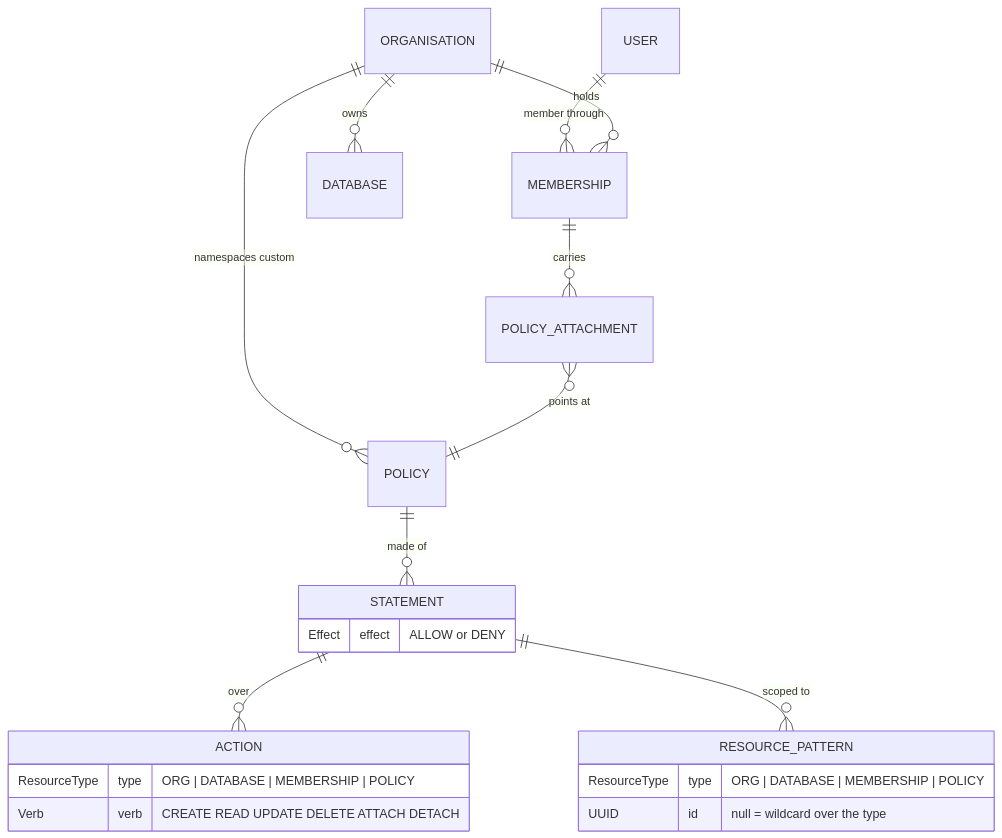
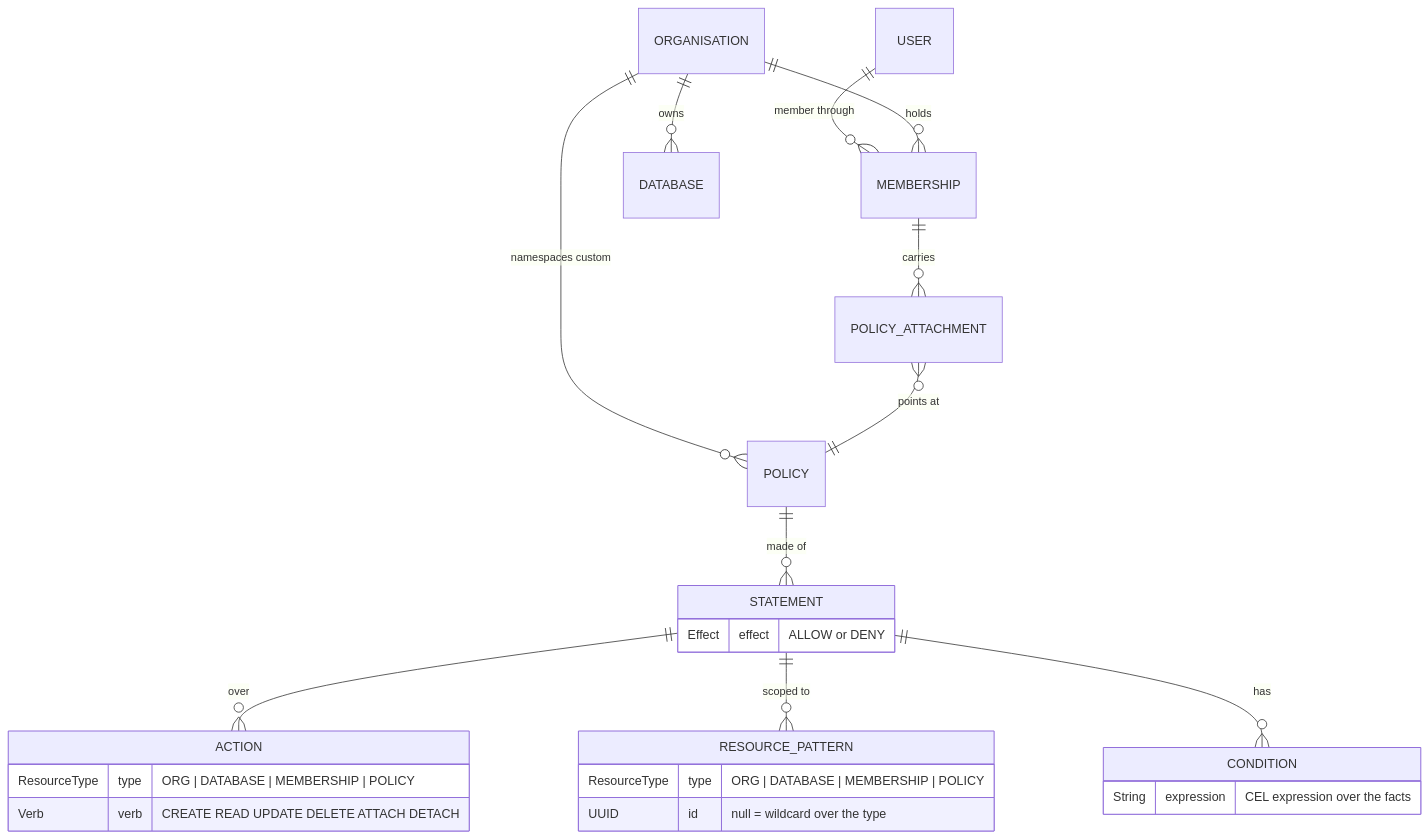
The second of 2 diagrams in README.md (lloydmeta/aminam), drawn with Mermaid before and after one commit. The commit also changed other lines of this file and 2 other files, not shown here.

````diff
--- a/README.md
+++ b/README.md
@@ -107,23 +103,27 @@
 ```mermaid
 erDiagram
     USER ||--o{ MEMBERSHIP : "member through"
     ORGANISATION ||--o{ MEMBERSHIP : "holds"
     ORGANISATION ||--o{ DATABASE : "owns"
     ORGANISATION ||--o{ POLICY : "namespaces custom"
     MEMBERSHIP ||--o{ POLICY_ATTACHMENT : "carries"
     POLICY_ATTACHMENT }o--|| POLICY : "points at"
     POLICY ||--o{ STATEMENT : "made of"
     STATEMENT ||--o{ ACTION : "over"
     STATEMENT ||--o{ RESOURCE_PATTERN : "scoped to"
+    STATEMENT ||--o{ CONDITION : "has"
     STATEMENT {
         Effect effect "ALLOW or DENY"
     }
     ACTION {
         ResourceType type "ORG | DATABASE | MEMBERSHIP | POLICY"
         Verb verb "CREATE READ UPDATE DELETE ATTACH DETACH"
     }
     RESOURCE_PATTERN {
         ResourceType type "ORG | DATABASE | MEMBERSHIP | POLICY"
         UUID id "null = wildcard over the type"
     }
+    CONDITION {
+        String expression "CEL expression over the facts"
+    }
 ```
````
